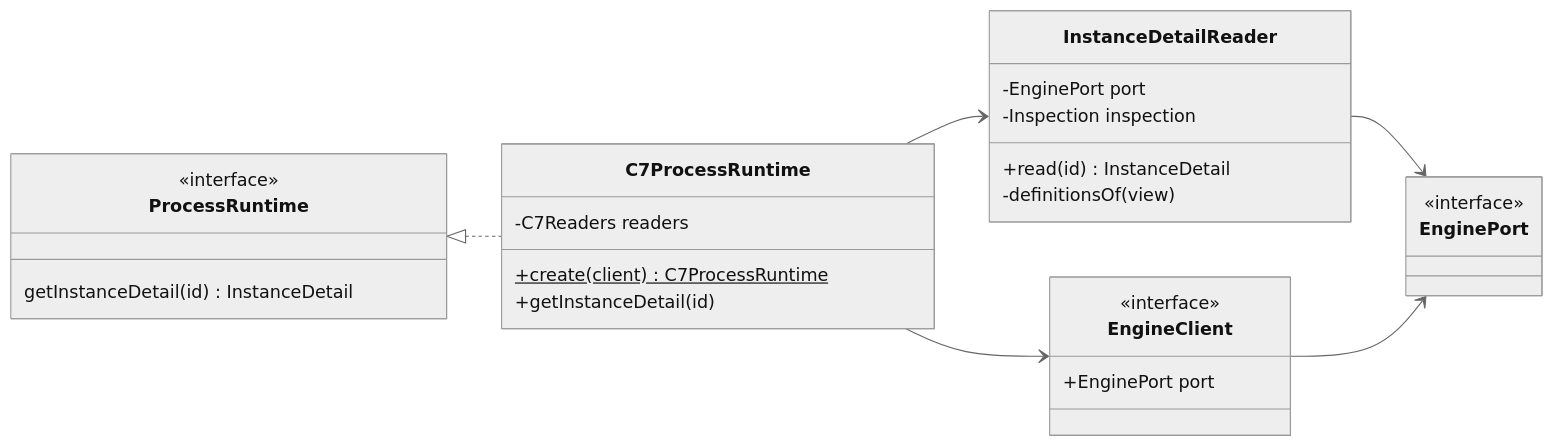
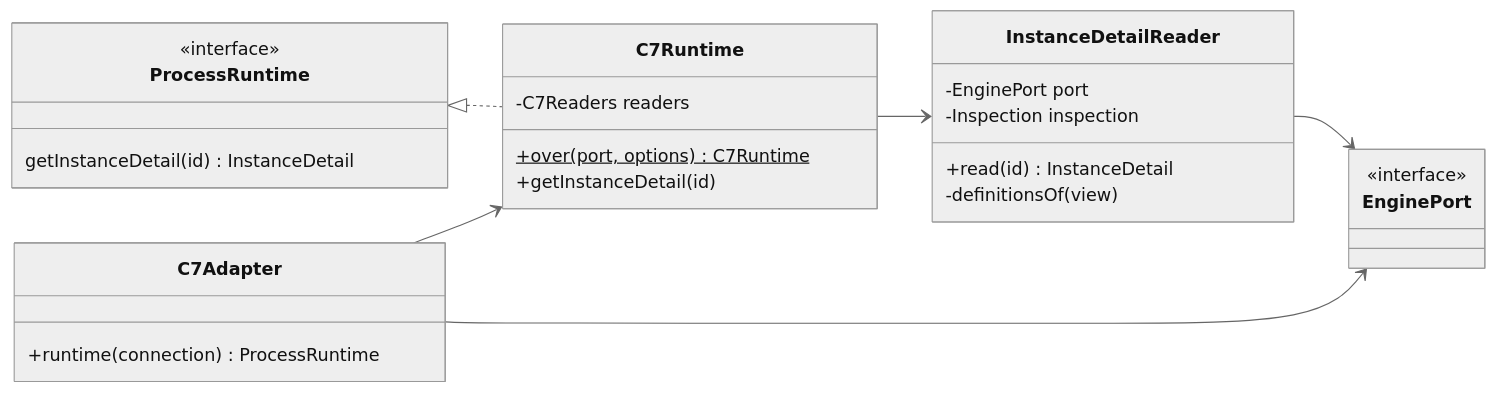
One commit to Miragon/pulse changed the diagram in apps/vscode/docs/adr/code-structure.md. Above: the diagram before and after it, drawn with Mermaid (neutral theme). The commit also changed other lines of this file and 39 other files, not shown here.

````diff
--- a/apps/vscode/docs/adr/code-structure.md
+++ b/apps/vscode/docs/adr/code-structure.md
@@ -75,31 +77,30 @@
 ```mermaid
 classDiagram
   direction LR
   class ProcessRuntime {
     <<interface>>
     getInstanceDetail(id) InstanceDetail
   }
-  class C7ProcessRuntime {
+  class C7Adapter {
+    +runtime(connection) ProcessRuntime
+  }
+  class C7Runtime {
     -C7Readers readers
-    +create(client)$ C7ProcessRuntime
+    +over(port, options)$ C7Runtime
     +getInstanceDetail(id)
   }
   class InstanceDetailReader {
     -EnginePort port
     -Inspection inspection
     +read(id) InstanceDetail
     -definitionsOf(view)
   }
-  class EngineClient {
-    <<interface>>
-    +EnginePort port
-  }
   class EnginePort {
     <<interface>>
   }
-  ProcessRuntime <|.. C7ProcessRuntime
-  C7ProcessRuntime --> EngineClient
-  C7ProcessRuntime --> InstanceDetailReader
+  ProcessRuntime <|.. C7Runtime
+  C7Adapter --> C7Runtime
+  C7Adapter --> EnginePort
+  C7Runtime --> InstanceDetailReader
   InstanceDetailReader --> EnginePort
-  EngineClient --> EnginePort
 ```
````
